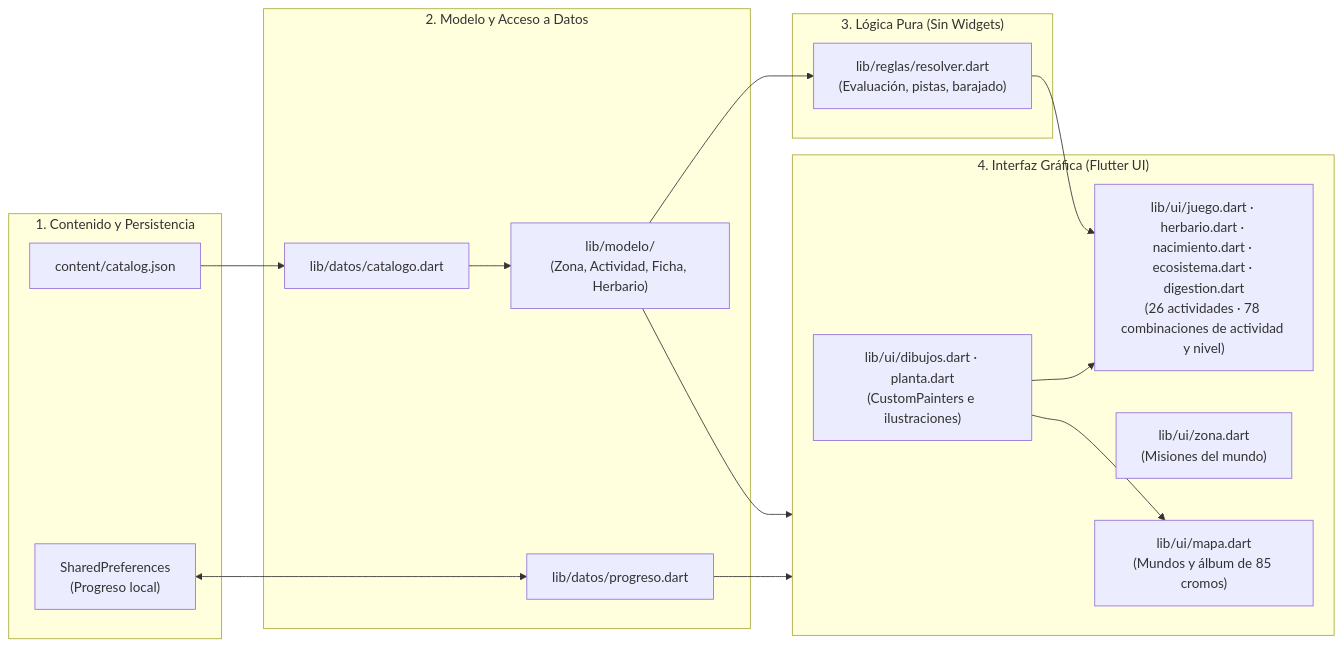
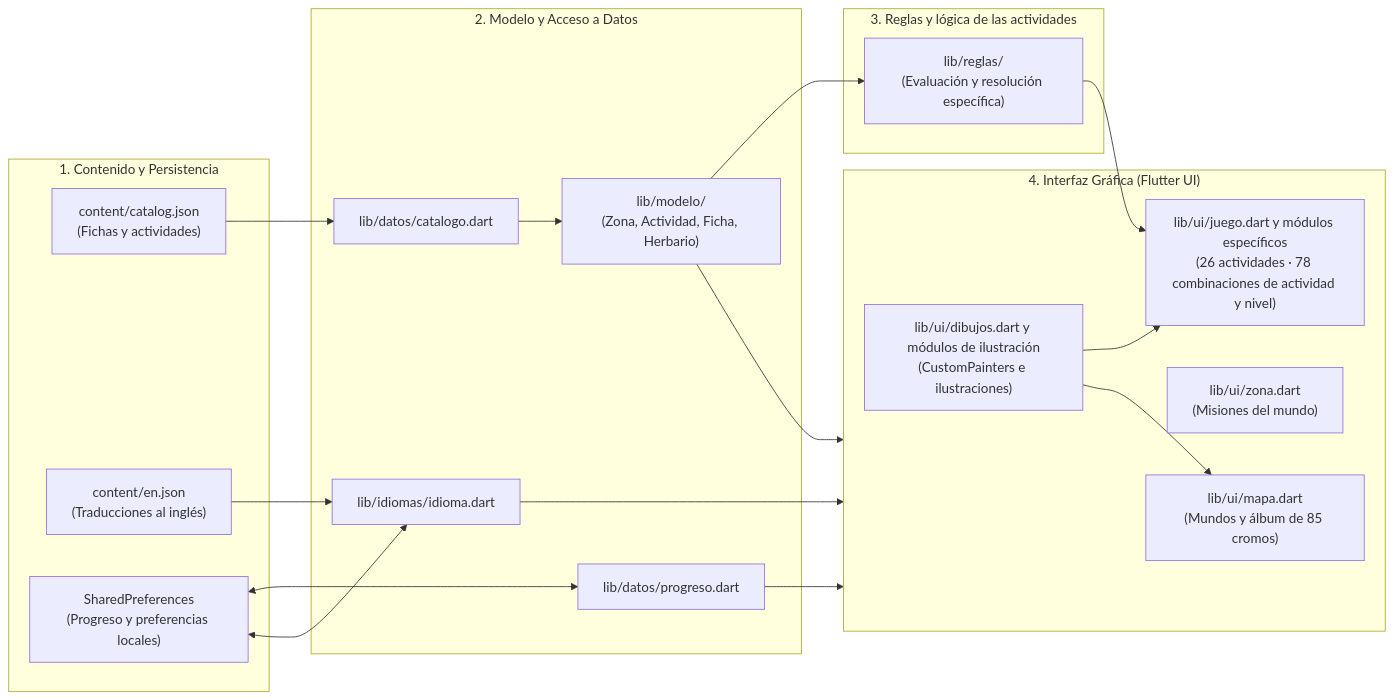
The first of 2 diagrams in README.md (imoroc/NaturalMente), drawn with Mermaid before and after one commit. The commit also changed other lines of this file, not shown here.

Commit message:
Aclara el flujo de catálogo, traducciones y preferencias

````diff
--- a/README.md
+++ b/README.md
@@ -73,34 +73,39 @@
 ```mermaid
 flowchart LR
   subgraph Datos["1. Contenido y Persistencia"]
-    JSON["content/catalog.json"]
-    PREFS["SharedPreferences\n(Progreso local)"]
+    JSON["content/catalog.json\n(Fichas y actividades)"]
+    EN["content/en.json\n(Traducciones al inglés)"]
+    PREFS["SharedPreferences\n(Progreso y preferencias locales)"]
   end
 
   subgraph Dominio["2. Modelo y Acceso a Datos"]
     CAT["lib/datos/catalogo.dart"]
     PROG["lib/datos/progreso.dart"]
+    IDIOMA["lib/idiomas/idioma.dart"]
     MOD["lib/modelo/\n(Zona, Actividad, Ficha, Herbario)"]
   end
 
-  subgraph Reglas["3. Lógica Pura (Sin Widgets)"]
-    RES["lib/reglas/resolver.dart\n(Evaluación, pistas, barajado)"]
+  subgraph Reglas["3. Reglas y lógica de las actividades"]
+    RES["lib/reglas/\n(Evaluación y resolución específica)"]
   end
 
   subgraph Interfaz["4. Interfaz Gráfica (Flutter UI)"]
     MAPA["lib/ui/mapa.dart\n(Mundos y álbum de 85 cromos)"]
     ZONA["lib/ui/zona.dart\n(Misiones del mundo)"]
-    JUEGO["lib/ui/juego.dart · herbario.dart · nacimiento.dart · ecosistema.dart · digestion.dart\n(26 actividades · 78 combinaciones de actividad y nivel)"]
-    DIB["lib/ui/dibujos.dart · planta.dart\n(CustomPainters e ilustraciones)"]
+    JUEGO["lib/ui/juego.dart y módulos específicos\n(26 actividades · 78 combinaciones de actividad y nivel)"]
+    DIB["lib/ui/dibujos.dart y módulos de ilustración\n(CustomPainters e ilustraciones)"]
   end
 
   JSON --> CAT
+  EN --> IDIOMA
   PREFS <--> PROG
+  PREFS <--> IDIOMA
   CAT --> MOD
   MOD --> RES
   MOD --> Interfaz
   PROG --> Interfaz
+  IDIOMA --> Interfaz
   RES --> JUEGO
   DIB --> JUEGO
   DIB --> MAPA
 ```
````
